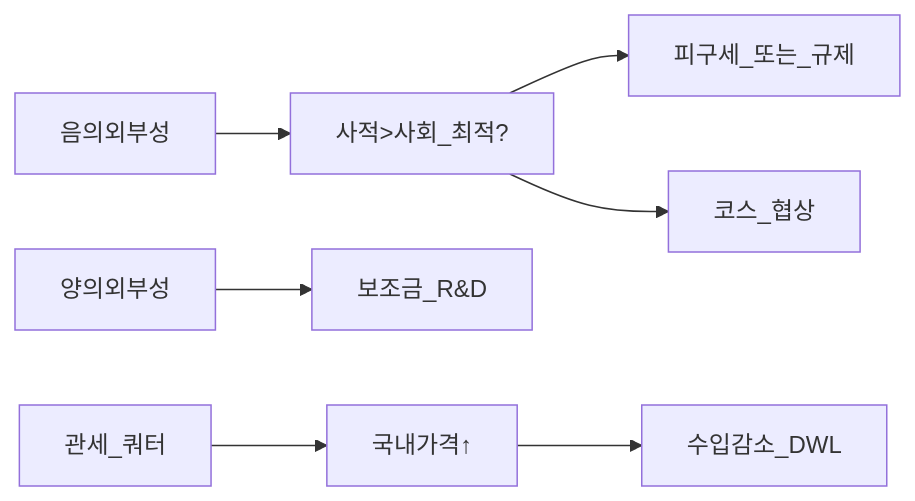
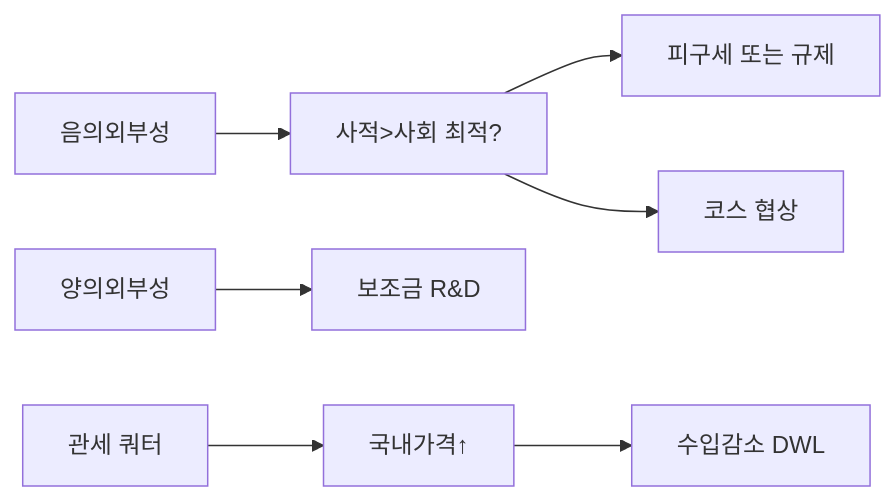
One commit to goldanghenry/Finances changed the second of 4 diagrams in 02-economics/micro-04-welfare-externalities.md. Above: the diagram before and after it, drawn with Mermaid. The commit also changed other lines of this file and 211 other files, not shown here.

````diff
--- a/02-economics/micro-04-welfare-externalities.md
+++ b/02-economics/micro-04-welfare-externalities.md
@@ -154,9 +164,9 @@
 ```mermaid
 flowchart LR
-  Neg[음의외부성] --> Gap[사적>사회_최적?]
-  Gap --> Pig[피구세_또는_규제]
-  Gap --> Coase[코스_협상]
-  Pos[양의외부성] --> Sub[보조금_R&D]
-  Trade[관세_쿼터] --> Pdom[국내가격↑]
-  Pdom --> DWL2[수입감소_DWL]
+  Neg[음의외부성] --> Gap["사적>사회 최적?"]
+  Gap --> Pig["피구세 또는 규제"]
+  Gap --> Coase["코스 협상"]
+  Pos[양의외부성] --> Sub["보조금 R&D"]
+  Trade["관세 쿼터"] --> Pdom[국내가격↑]
+  Pdom --> DWL2["수입감소 DWL"]
 ```
````
